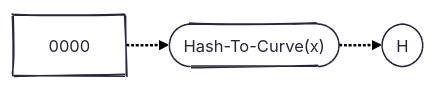
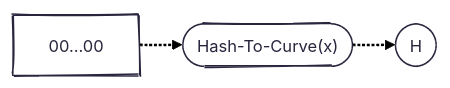
One commit to raylsnetwork/Enygma changed the second of 9 diagrams in enygma_payments/README.md. Above: the diagram before and after it, drawn with Mermaid.

Commit message:
Update flowchart node label in README

````diff
--- a/enygma_payments/README.md
+++ b/enygma_payments/README.md
@@ -39,17 +39,17 @@
 ```mermaid
 ---
 config:
   theme: redux
   layout: elk
   look: handDrawn
 ---
 flowchart LR
 
-    zero["0000"]
+    zero["00...00"]
     hash(["Hash-To-Curve(x)"])
     generator(["H"])
 
     %% Flow Connections
     zero -.-> hash -.-> generator
 
 ```
````
